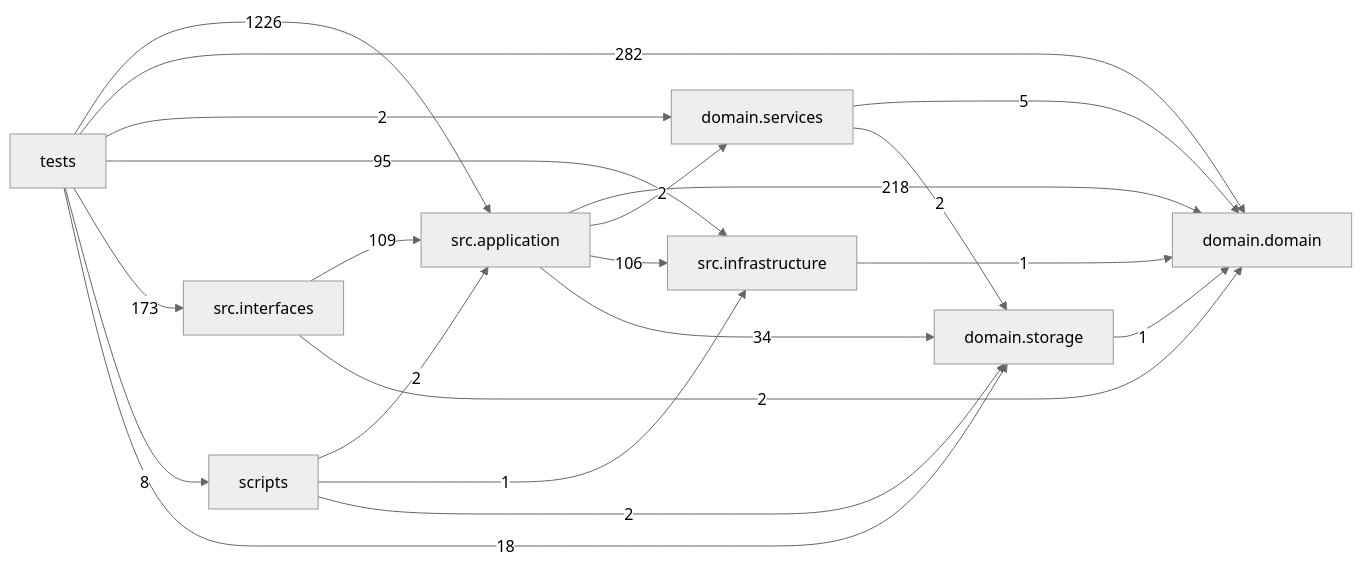
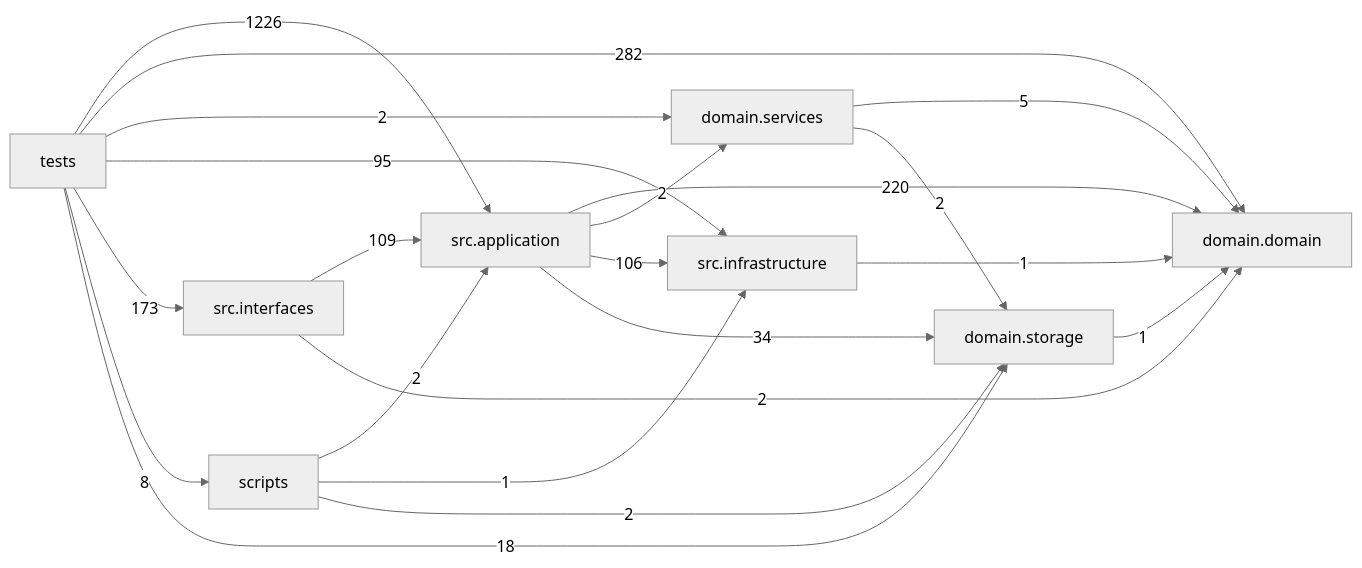
One commit to liuxie066/options-monitor changed the diagram in docs/DEPENDENCY_GRAPH.md. Above: the diagram before and after it, drawn with Mermaid (neutral theme). The commit also changed other lines of this file and 6 other files, not shown here.

````diff
--- a/docs/DEPENDENCY_GRAPH.md
+++ b/docs/DEPENDENCY_GRAPH.md
@@ -24,31 +24,31 @@
 ```mermaid
 flowchart LR
   tests["tests"]
   scripts["scripts"]
   interfaces["src.interfaces"]
   application["src.application"]
   infrastructure["src.infrastructure"]
   domain_services["domain.services"]
   domain["domain.domain"]
   storage["domain.storage"]
-  application -->|218| domain
+  application -->|220| domain
   application -->|2| domain_services
   application -->|106| infrastructure
   application -->|34| storage
   domain_services -->|5| domain
   domain_services -->|2| storage
   infrastructure -->|1| domain
   interfaces -->|109| application
   interfaces -->|2| domain
   scripts -->|2| application
   scripts -->|1| infrastructure
   scripts -->|2| storage
   storage -->|1| domain
   tests -->|1226| application
   tests -->|282| domain
   tests -->|2| domain_services
   tests -->|95| infrastructure
   tests -->|173| interfaces
   tests -->|8| scripts
   tests -->|18| storage
 ```
````
